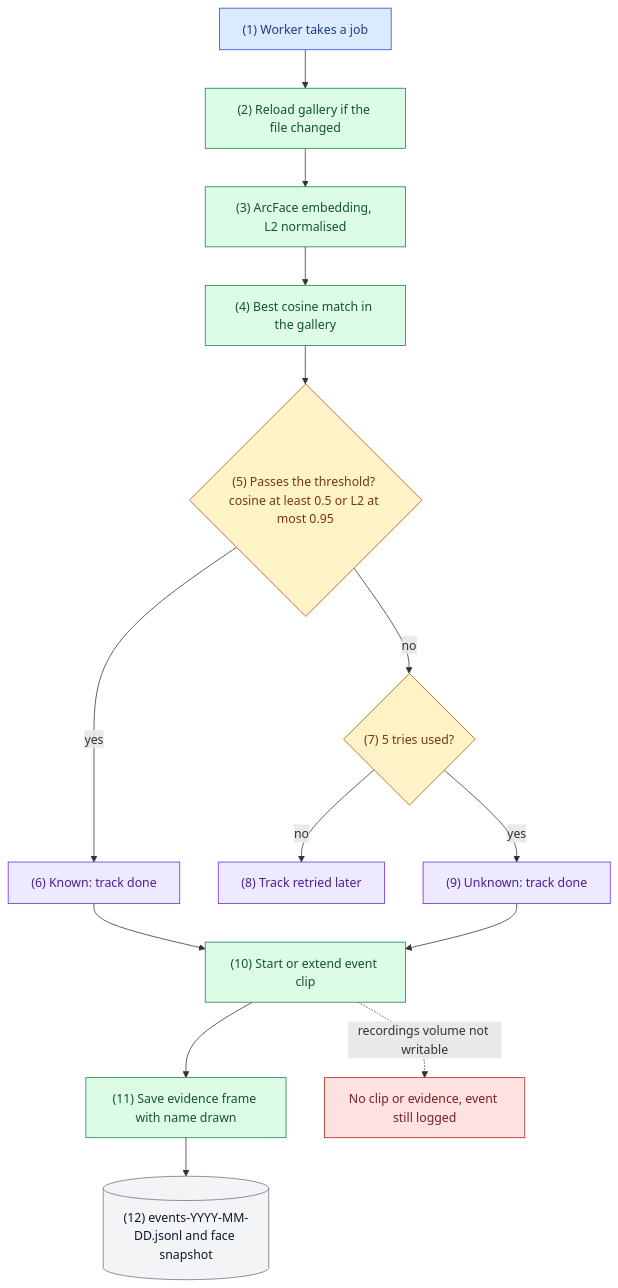
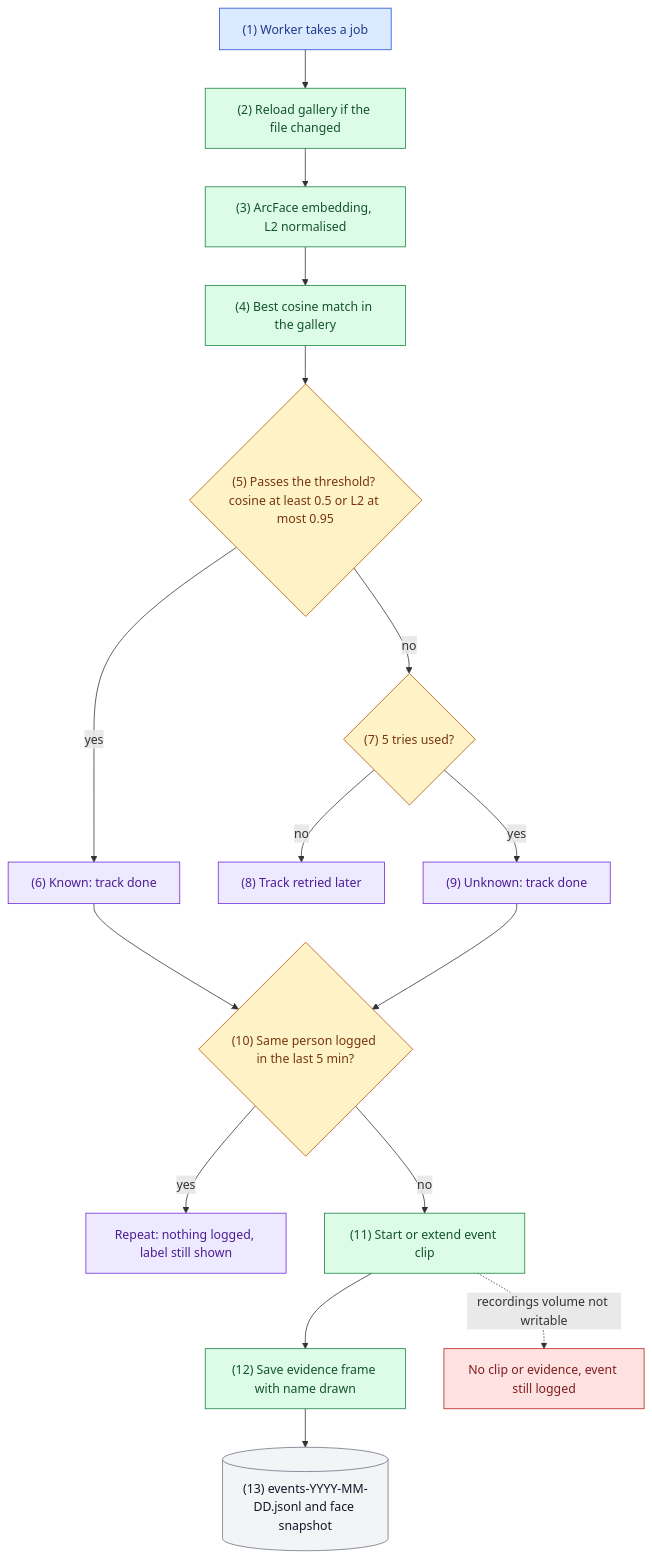
One commit to hamza-aziz-ai/Jetson-Nano-Face-Recognition-Attendance-System changed the second of 4 diagrams in docs/FLOW.md. Above: the diagram before and after it, drawn with Mermaid. The commit also changed other lines of this file and 5 other files, not shown here.

First line of the commit message:
fix(events): log a person at most once per 5 minutes so one visit is not logged many times (#20)

````diff
--- a/docs/FLOW.md
+++ b/docs/FLOW.md
@@ -46,19 +46,21 @@
 ```mermaid
 flowchart TD
   J["`(1) Worker takes a job`"]:::entry --> G["`(2) Reload gallery if the file changed`"]:::step --> E["`(3) ArcFace embedding, L2 normalised`"]:::step
   E --> B["`(4) Best cosine match in the gallery`"]:::step --> K{"`(5) Passes the threshold? cosine at least 0.5 or L2 at most 0.95`"}:::decision
   K -->|"`yes`"| KN["`(6) Known: track done`"]:::outcome
   K -->|"`no`"| TR{"`(7) 5 tries used?`"}:::decision
   TR -->|"`no`"| RT["`(8) Track retried later`"]:::outcome
   TR -->|"`yes`"| UN["`(9) Unknown: track done`"]:::outcome
-  KN --> C["`(10) Start or extend event clip`"]:::step
-  UN --> C
-  C --> EV["`(11) Save evidence frame with name drawn`"]:::step --> LOG[("`(12) events-YYYY-MM-DD.jsonl and face snapshot`")]:::store
+  KN --> RP{"`(10) Same person logged in the last 5 min?`"}:::decision
+  UN --> RP
+  RP -->|"`yes`"| SK["`Repeat: nothing logged, label still shown`"]:::outcome
+  RP -->|"`no`"| C["`(11) Start or extend event clip`"]:::step
+  C --> EV["`(12) Save evidence frame with name drawn`"]:::step --> LOG[("`(13) events-YYYY-MM-DD.jsonl and face snapshot`")]:::store
   C -. "`recordings volume not writable`" .-> NOREC["`No clip or evidence, event still logged`"]:::error
   classDef entry fill:#dbeafe,stroke:#1d4ed8,color:#1e3a8a
   classDef step fill:#dcfce7,stroke:#15803d,color:#14532d
   classDef decision fill:#fef3c7,stroke:#b45309,color:#78350f
   classDef outcome fill:#ede9fe,stroke:#6d28d9,color:#4c1d95
   classDef error fill:#fee2e2,stroke:#b91c1c,color:#7f1d1d
   classDef store fill:#f3f4f6,stroke:#6b7280,color:#111827
 ```
````
